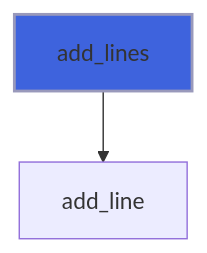
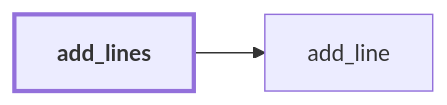
Before and after one commit to szaghi/figure: the ninth of 16 diagrams in docs/api/src/lib/figure_process.md, drawn with Mermaid. The commit also changed other lines of this file and 54 other files, not shown here.

````diff
--- a/docs/api/src/lib/figure_process.md
+++ b/docs/api/src/lib/figure_process.md
@@ -349,5 +383,7 @@
 ```mermaid
-flowchart TD
+flowchart LR
   add_lines["add_lines"] --> add_line["add_line"]
-  style add_lines fill:#3e63dd,stroke:#99b,stroke-width:2px
+  classDef focus stroke-width:3px,font-weight:bold
+  class add_lines focus
+  click add_line href "#add-line" "add_line"
 ```
````
